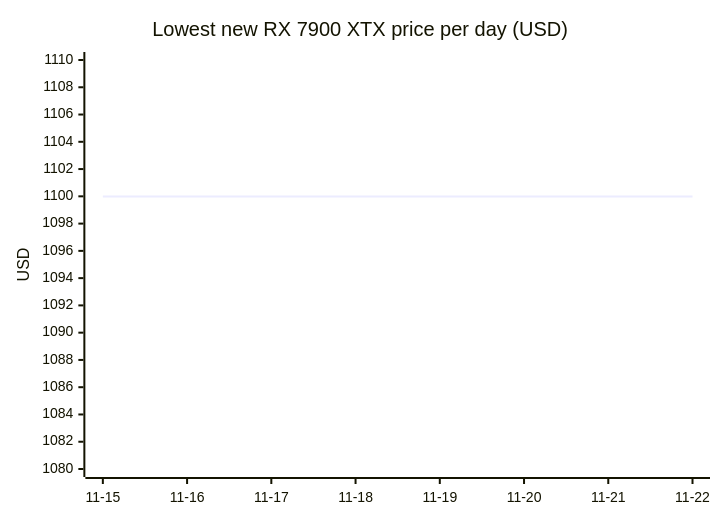
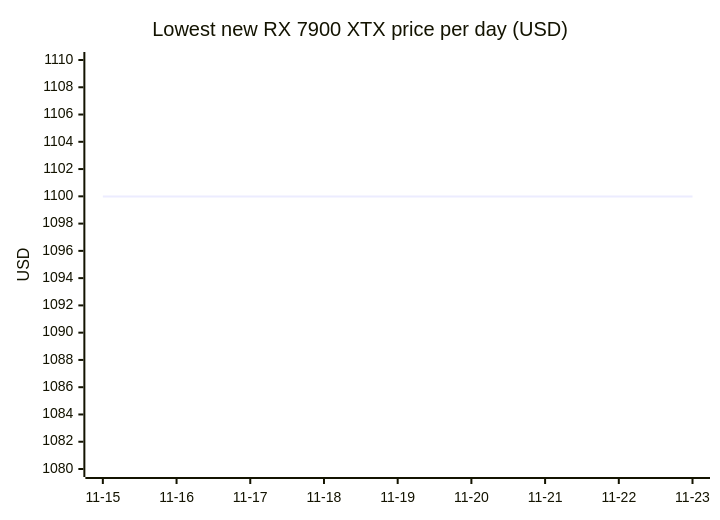
One commit to 7324136828/4tb_ssd_price_watch changed diagram 13 of 18 in README.md. Above: the diagram before and after it, drawn with Mermaid. The commit also changed other lines of this file, not shown here.

````diff
--- a/README.md
+++ b/README.md
@@ -1122,7 +1167,7 @@
 ```mermaid
 xychart-beta
     title "Lowest new RX 7900 XTX price per day (USD)"
-    x-axis ["11-15", "11-16", "11-17", "11-18", "11-19", "11-20", "11-21", "11-22"]
+    x-axis ["11-15", "11-16", "11-17", "11-18", "11-19", "11-20", "11-21", "11-22", "11-23"]
     y-axis "USD" 1080 --> 1110
-    line [1099.99, 1099.99, 1099.99, 1099.99, 1099.99, 1099.99, 1099.99, 1099.99]
+    line [1099.99, 1099.99, 1099.99, 1099.99, 1099.99, 1099.99, 1099.99, 1099.99, 1099.99]
 ```
````
